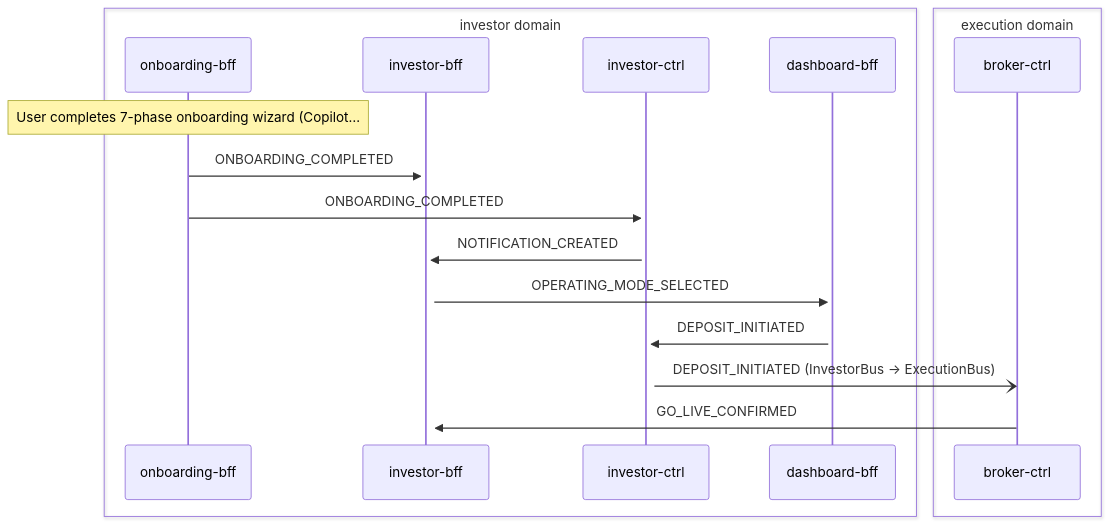
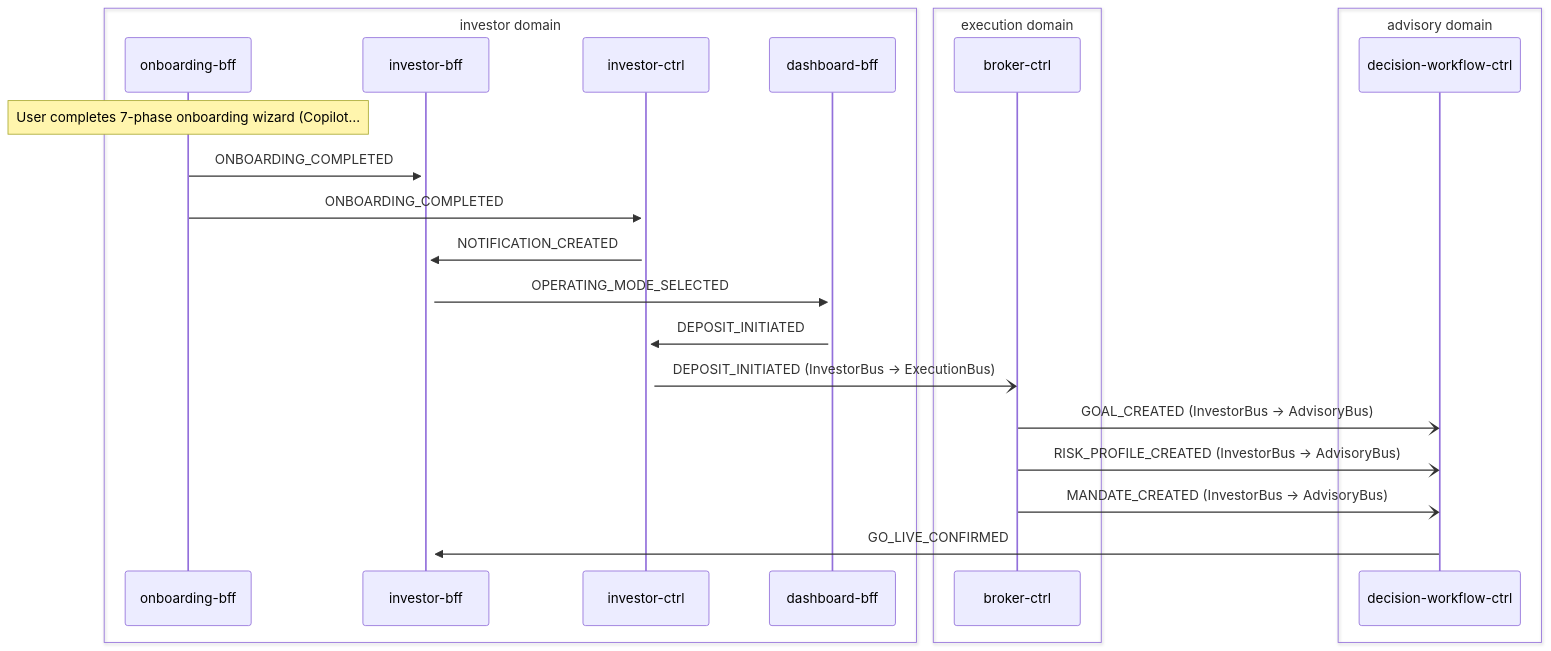
Before and after one commit to fabio-vitali/nestfolio: the second of 2 diagrams in docs/data-flows/investor-onboarding.md, drawn with Mermaid. The commit also changed other lines of this file and 40 other files, not shown here.

````diff
--- a/docs/data-flows/investor-onboarding.md
+++ b/docs/data-flows/investor-onboarding.md
@@ -29,20 +33,26 @@
 ```mermaid
 sequenceDiagram
     box investor domain
         participant onboarding_bff as onboarding-bff
         participant investor_bff as investor-bff
         participant investor_ctrl as investor-ctrl
         participant dashboard_bff as dashboard-bff
     end
     box execution domain
         participant broker_ctrl as broker-ctrl
     end
+    box advisory domain
+        participant decision_workflow_ctrl as decision-workflow-ctrl
+    end
     Note over onboarding_bff: User completes 7-phase onboarding wizard (Copilot…
     onboarding_bff->>+investor_bff: ONBOARDING_COMPLETED
     onboarding_bff->>+investor_ctrl: ONBOARDING_COMPLETED
     investor_ctrl->>+investor_bff: NOTIFICATION_CREATED
     investor_bff->>+dashboard_bff: OPERATING_MODE_SELECTED
     dashboard_bff->>+investor_ctrl: DEPOSIT_INITIATED
     investor_ctrl-)broker_ctrl: DEPOSIT_INITIATED (InvestorBus → ExecutionBus)
-    broker_ctrl->>+investor_bff: GO_LIVE_CONFIRMED
+    broker_ctrl-)decision_workflow_ctrl: GOAL_CREATED (InvestorBus → AdvisoryBus)
+    broker_ctrl-)decision_workflow_ctrl: RISK_PROFILE_CREATED (InvestorBus → AdvisoryBus)
+    broker_ctrl-)decision_workflow_ctrl: MANDATE_CREATED (InvestorBus → AdvisoryBus)
+    decision_workflow_ctrl->>+investor_bff: GO_LIVE_CONFIRMED
 ```
````
